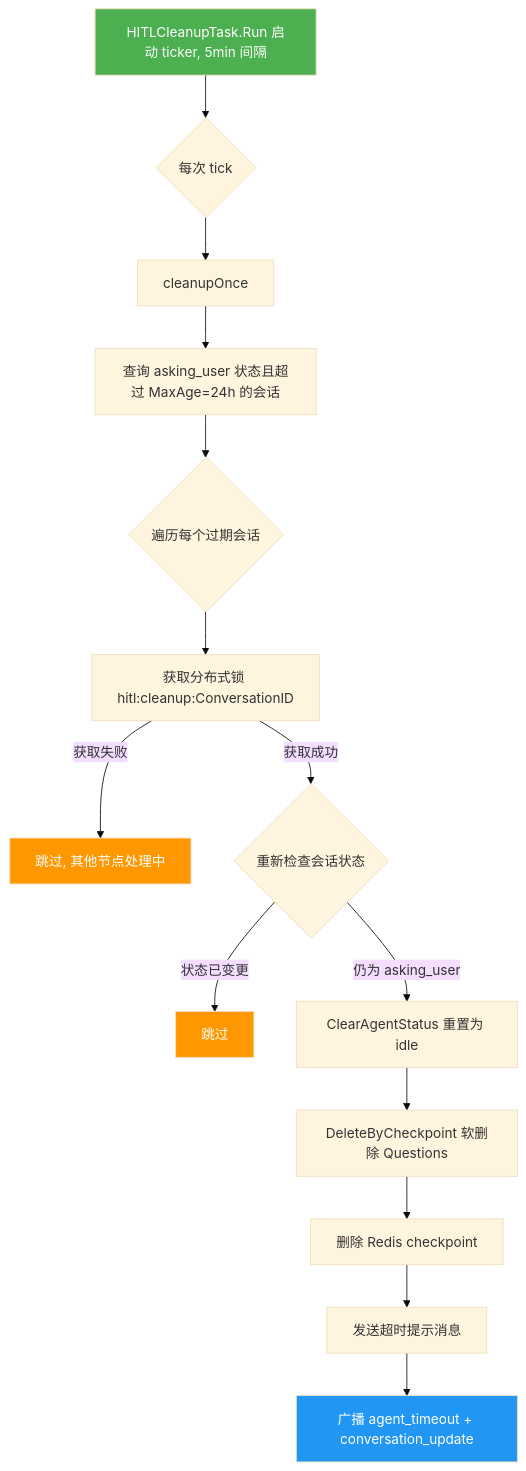
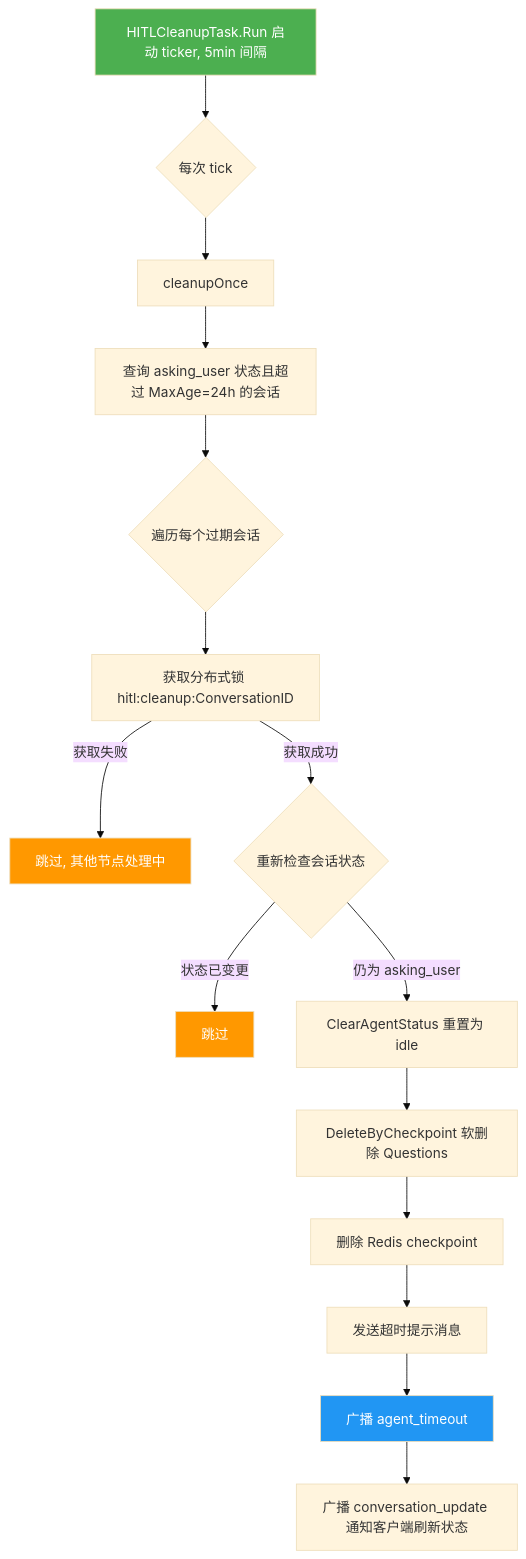
The third of 12 diagrams in wiki/flows/agent.md (PineappleBond/xyncra-server), drawn with Mermaid (base theme) before and after one commit. The commit also changed other lines of this file and 19 other files, not shown here.

````diff
--- a/wiki/flows/agent.md
+++ b/wiki/flows/agent.md
@@ -185,23 +184,24 @@
 ```mermaid
 flowchart TD
     A[HITLCleanupTask.Run 启动 ticker, 5min 间隔] --> B{每次 tick}
     B --> C[cleanupOnce]
     C --> D[查询 asking_user 状态且超过 MaxAge=24h 的会话]
     D --> E{遍历每个过期会话}
 
     E --> F[获取分布式锁 hitl:cleanup:ConversationID]
     F -->|获取失败| G[跳过, 其他节点处理中]
     F -->|获取成功| H{重新检查会话状态}
 
     H -->|状态已变更| I[跳过]
     H -->|仍为 asking_user| J[ClearAgentStatus 重置为 idle]
     J --> K[DeleteByCheckpoint 软删除 Questions]
     K --> L[删除 Redis checkpoint]
     L --> M[发送超时提示消息]
-    M --> N[广播 agent_timeout + conversation_update]
+    M --> N[广播 agent_timeout]
+    N --> N1[广播 conversation_update 通知客户端刷新状态]
 
     style A fill:#4CAF50,color:#fff
     style G fill:#FF9800,color:#fff
     style I fill:#FF9800,color:#fff
     style N fill:#2196F3,color:#fff
 ```
````
